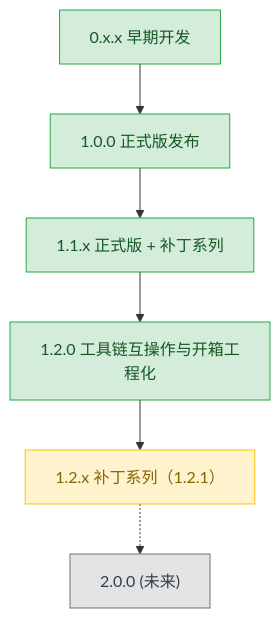
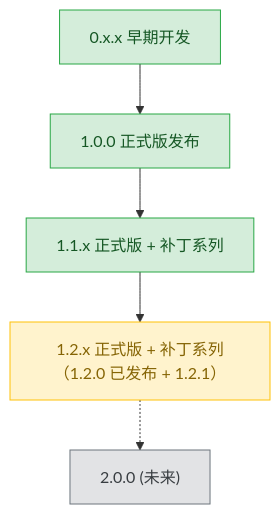
Before and after one commit to 3667808244/EazyMake: the diagram in plans/README.md, drawn with Mermaid. The commit also changed other lines of this file and 22 other files, not shown here.

Commit message:
chore(plans): 合并 plans/1.2.0 → plans/1.2.x（统一系列目录，对齐 1.1.x 平铺惯例）— git mv 保历史 + 系列 README 合并（1.2.0 正式版 dev/pre 表 + 1.2.1 补丁节）+ 引用更新（plans 索引/mermaid/1.1.x 文档/ezmk-planning skill）

````diff
--- a/plans/README.md
+++ b/plans/README.md
@@ -60,24 +56,22 @@
 ```mermaid
 graph TD
     v0xx["0.x.x 早期开发"]
     v100["1.0.0 正式版发布"]
     v11x["1.1.x 正式版 + 补丁系列"]
-    v120["1.2.0 工具链互操作与开箱工程化"]
-    v121["1.2.x 补丁系列（1.2.1）"]
+    v12x["1.2.x 正式版 + 补丁系列（1.2.0 已发布 + 1.2.1）"]
     v200["2.0.0 (未来)"]
 
     v0xx --> v100
     v100 --> v11x
-    v11x --> v120
-    v120 --> v121
-    v121 -.-> v200
+    v11x --> v12x
+    v12x -.-> v200
 
     classDef done fill:#d4edda,stroke:#28a745,color:#155724;
     classDef active fill:#fff3cd,stroke:#ffc107,color:#856404;
     classDef todo fill:#e2e3e5,stroke:#6c757d,color:#383d41;
 
     class v0xx,v100 done;
-    class v11x,v120 done;
-    class v121 active;
+    class v11x done;
+    class v12x active;
     class v200 todo;
 ```
````
